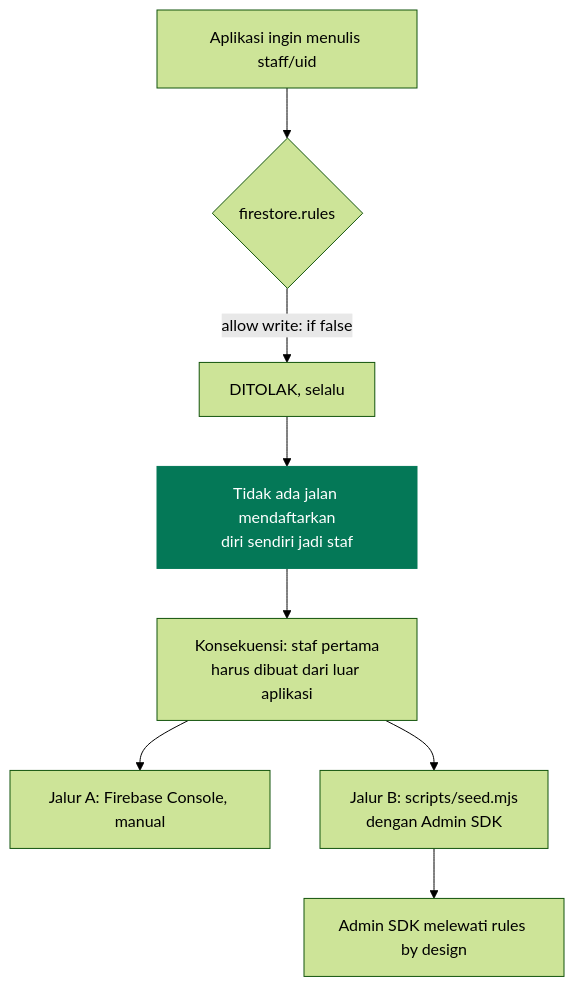
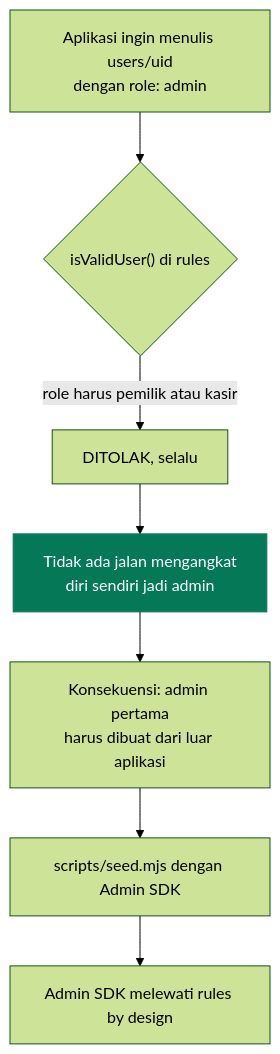
One commit to nadhimc/simple-pos-kkn-agung changed the second of 5 diagrams in docs/operasional.md. Above: the diagram before and after it, drawn with Mermaid (forest theme). The commit also changed other lines of this file and 10 other files, not shown here.

````diff
--- a/docs/operasional.md
+++ b/docs/operasional.md
@@ -62,14 +63,12 @@
 ```mermaid
 flowchart TD
-  A["Aplikasi ingin menulis staff/uid"] --> B{"firestore.rules"}
-  B -->|"allow write: if false"| C["DITOLAK, selalu"]
-  C --> D["Tidak ada jalan mendaftarkan<br/>diri sendiri jadi staf"]
-  D --> E["Konsekuensi: staf pertama<br/>harus dibuat dari luar aplikasi"]
-  E --> F1["Jalur A: Firebase Console, manual"]
-  E --> F2["Jalur B: scripts/seed.mjs<br/>dengan Admin SDK"]
-
-  F2 --> G["Admin SDK melewati rules by design"]
+  A["Aplikasi ingin menulis users/uid<br/>dengan role: admin"] --> B{"isValidUser() di rules"}
+  B -->|"role harus pemilik atau kasir"| C["DITOLAK, selalu"]
+  C --> D["Tidak ada jalan mengangkat<br/>diri sendiri jadi admin"]
+  D --> E["Konsekuensi: admin pertama<br/>harus dibuat dari luar aplikasi"]
+  E --> F["scripts/seed.mjs dengan Admin SDK"]
+  F --> G["Admin SDK melewati rules by design"]
 
   classDef ok fill:#047857,stroke:#047857,color:#ffffff
   class D ok
 ```
````
